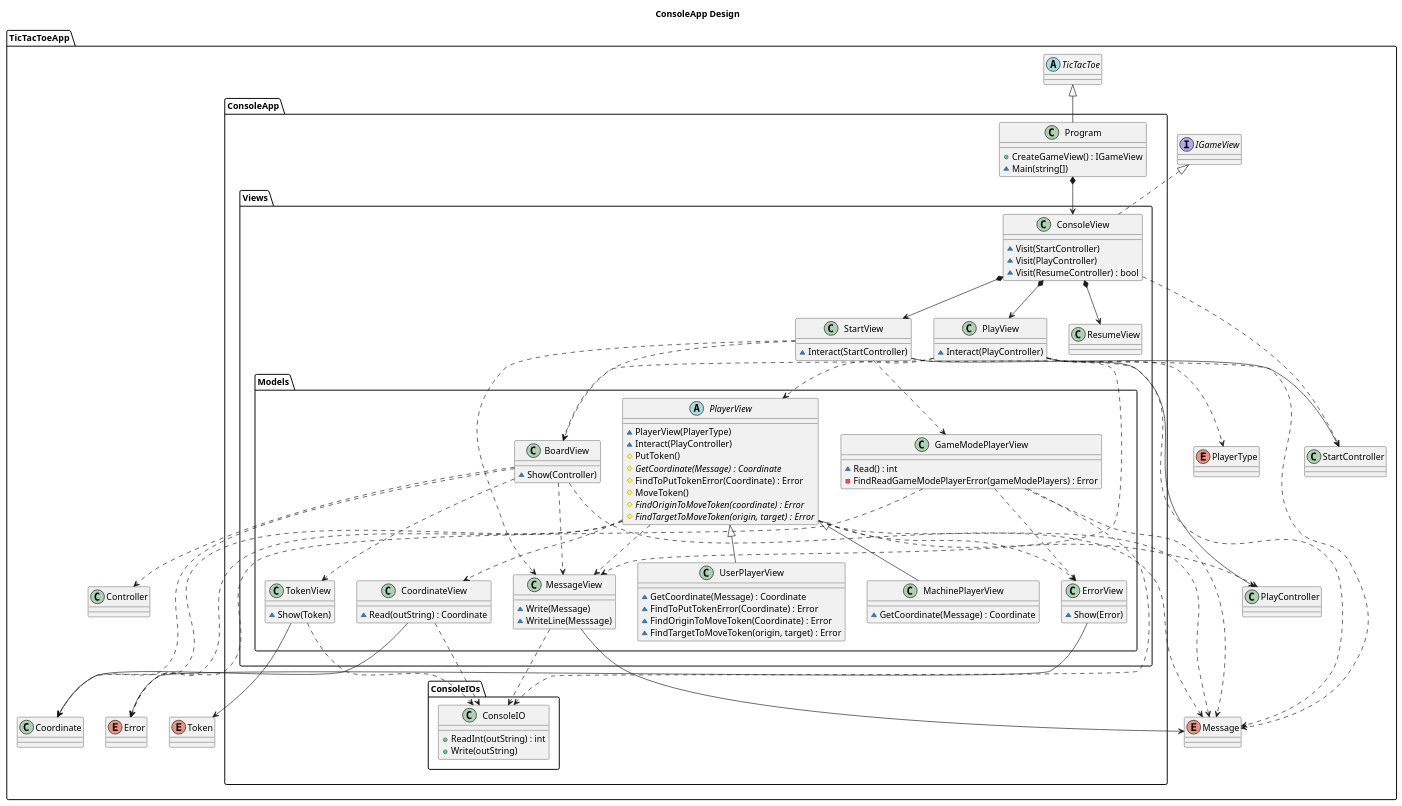
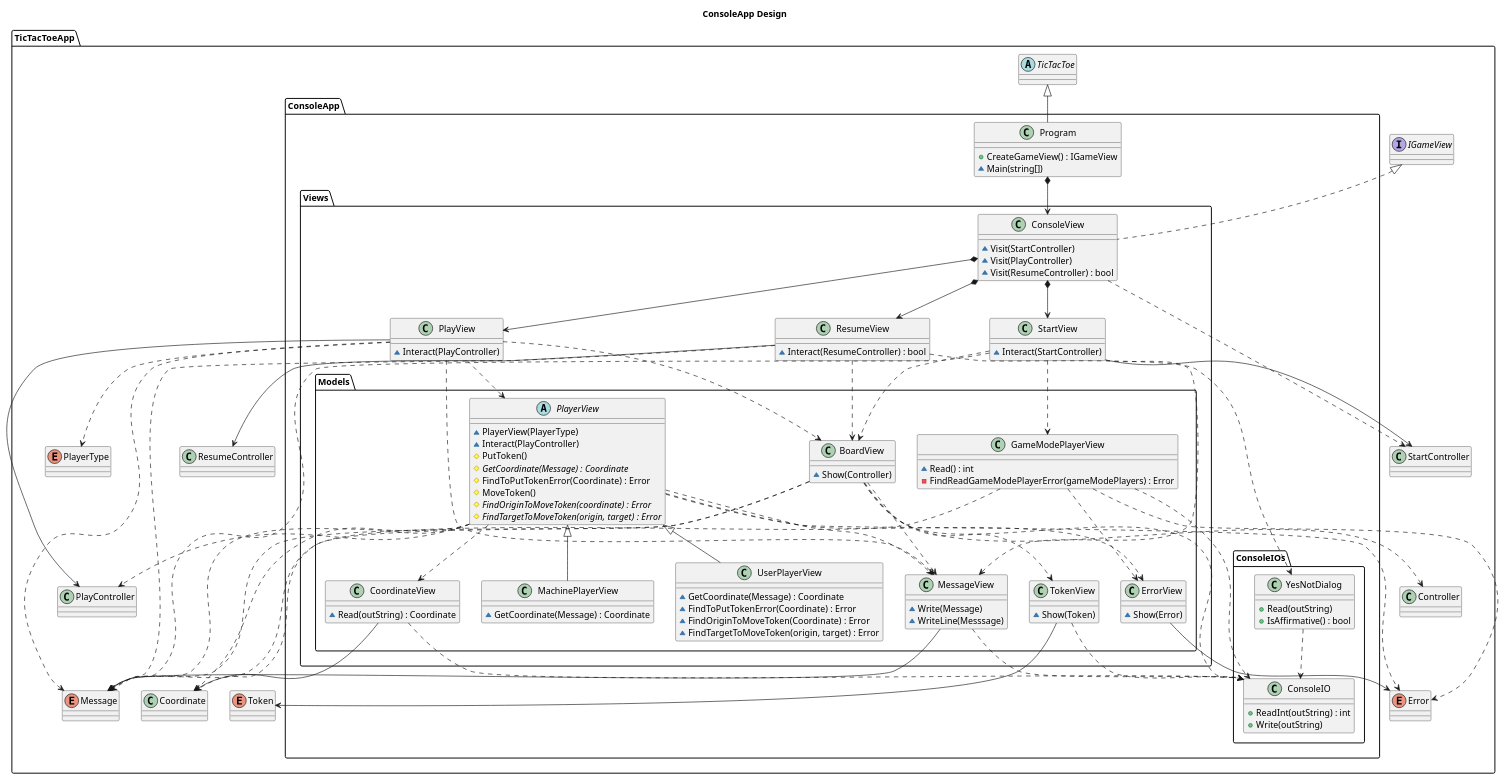
The fourth of 9 diagrams in Docs/Design.plantuml (franpaulinoinfante/TicTacToe), drawn with PlantUML before and after one commit. The commit also changed other lines of this file and 29 other files, not shown here.

```diff
--- a/Docs/Design.plantuml
+++ b/Docs/Design.plantuml
@@ -71,149 +71,168 @@
 @startuml ConsoleApp Design
     title ConsoleApp Design
 
 package TicTacToeApp{
     namespace ConsoleApp{
         class Program{
             +CreateGameView() : IGameView
             ~Main(string[])
         }
 
         namespace Views{
             class ConsoleView{
                 ~Visit(StartController)
                 ~Visit(PlayController)
                 ~Visit(ResumeController) : bool
             }
 
             class StartView{
                 ~Interact(StartController)
             }
 
             class PlayView{
                 ~Interact(PlayController)
+            }
+
+            class ResumeView{
+                ~Interact(ResumeController) : bool
             }
 
             namespace Models{
                 class MessageView{
                     ~Write(Message)
                     ~WriteLine(Messsage)
                 }
 
                 class GameModePlayerView{
                     ~Read() : int
                     -FindReadGameModePlayerError(gameModePlayers) : Error
                 }
 
                 class ErrorView{
                     ~Show(Error)
                 }
 
                 class BoardView{
                     ~Show(Controller)
                 }
 
                 class TokenView{
                     ~Show(Token)
                 }
 
                 abstract PlayerView{
                     ~PlayerView(PlayerType)
                     ~Interact(PlayController)
                     #PutToken()
                     #{abstract}GetCoordinate(Message) : Coordinate
                     #FindToPutTokenError(Coordinate) : Error
                     #MoveToken()
                     #{abstract}FindOriginToMoveToken(coordinate) : Error
                     #{abstract}FindTargetToMoveToken(origin, target) : Error
                 }
 
                 class UserPlayerView{
                     ~GetCoordinate(Message) : Coordinate
                     ~FindToPutTokenError(Coordinate) : Error
                     ~FindOriginToMoveToken(Coordinate) : Error
                     ~FindTargetToMoveToken(origin, target) : Error
                 }
 
                 class MachinePlayerView{
                     ~GetCoordinate(Message) : Coordinate
                 }
 
                 class CoordinateView{
                     ~Read(outString) : Coordinate
                 }
             }
         }
 
         namespace ConsoleIOs{
             class ConsoleIO{
                 +ReadInt(outString) : int
                 +Write(outString)
             }
+
+            class YesNotDialog{
+                +Read(outString)
+                +IsAffirmative() : bool
+            }
+            YesNotDialog ..> ConsoleIO
         }
     }
 
     abstract TicTacToe
     interface IGameView
     class Controller
     class StartController
+    class PlayController
+    class ResumeController
     enum Message
     enum Error
     enum Token
     enum PlayerType
     class Coordinate
 
     ConsoleApp.Program *--> ConsoleApp.Views.ConsoleView
     ConsoleApp.Program -up-|> TicTacToe
 
     ConsoleApp.Views.ConsoleView .up.|> IGameView
     ConsoleApp.Views.ConsoleView *--> ConsoleApp.Views.StartView
     ConsoleApp.Views.ConsoleView *--> ConsoleApp.Views.PlayView
     ConsoleApp.Views.ConsoleView *--> ConsoleApp.Views.ResumeView
     ConsoleApp.Views.ConsoleView ..> StartController
     
     ConsoleApp.Views.StartView --> StartController
     ConsoleApp.Views.StartView ..> Message
     ConsoleApp.Views.StartView ..> ConsoleApp.Views.Models.MessageView
     ConsoleApp.Views.StartView ..> ConsoleApp.Views.Models.GameModePlayerView
     ConsoleApp.Views.StartView ..> ConsoleApp.Views.Models.BoardView
 
     ConsoleApp.Views.PlayView --> PlayController
     ConsoleApp.Views.PlayView ..> Message
     ConsoleApp.Views.PlayView ..> ConsoleApp.Views.Models.MessageView
     ConsoleApp.Views.PlayView ..> ConsoleApp.Views.Models.BoardView
     ConsoleApp.Views.PlayView ..> ConsoleApp.Views.Models.PlayerView
     ConsoleApp.Views.PlayView ..> PlayerType
 
+    ConsoleApp.Views.ResumeView --> ResumeController
+    ConsoleApp.Views.ResumeView ..> Message
+    ConsoleApp.Views.ResumeView ..> ConsoleApp.ConsoleIOs.YesNotDialog
+    ConsoleApp.Views.ResumeView ..> ConsoleApp.Views.Models.BoardView
+
+
     ConsoleApp.Views.Models.PlayerView ..> PlayController
     ConsoleApp.Views.Models.PlayerView <|-- ConsoleApp.Views.Models.UserPlayerView
     ConsoleApp.Views.Models.PlayerView <|-- ConsoleApp.Views.Models.MachinePlayerView
     ConsoleApp.Views.Models.PlayerView ..> Error
     ConsoleApp.Views.Models.PlayerView ..> ConsoleApp.Views.Models.ErrorView
     ConsoleApp.Views.Models.PlayerView ..> Message
     ConsoleApp.Views.Models.PlayerView ..> ConsoleApp.Views.Models.MessageView
     ConsoleApp.Views.Models.PlayerView ..> Coordinate
     ConsoleApp.Views.Models.PlayerView ..> ConsoleApp.Views.Models.CoordinateView
 
     ConsoleApp.Views.Models.MessageView --> Message
     ConsoleApp.Views.Models.MessageView ..> ConsoleApp.ConsoleIOs.ConsoleIO
 
     ConsoleApp.Views.Models.GameModePlayerView ..> Message
     ConsoleApp.Views.Models.GameModePlayerView ..> Error
     ConsoleApp.Views.Models.GameModePlayerView ..> ConsoleApp.Views.Models.ErrorView
     ConsoleApp.Views.Models.GameModePlayerView ..> ConsoleApp.ConsoleIOs.ConsoleIO    
 
     ConsoleApp.Views.Models.ErrorView --> Error
 
     ConsoleApp.Views.Models.BoardView ..> Controller
     ConsoleApp.Views.Models.BoardView ..> Message
     ConsoleApp.Views.Models.BoardView ..> ConsoleApp.Views.Models.MessageView
     ConsoleApp.Views.Models.BoardView ..> ConsoleApp.Views.Models.TokenView
     ConsoleApp.Views.Models.BoardView ..> Coordinate
+    ConsoleApp.Views.Models.BoardView ..> ConsoleApp.ConsoleIOs.ConsoleIO
 
     ConsoleApp.Views.Models.TokenView ..> ConsoleApp.ConsoleIOs.ConsoleIO   
     ConsoleApp.Views.Models.TokenView --> Token
 
     ConsoleApp.Views.Models.CoordinateView ..> ConsoleApp.ConsoleIOs.ConsoleIO   
     ConsoleApp.Views.Models.CoordinateView --> Coordinate
 }
 @enduml
```
